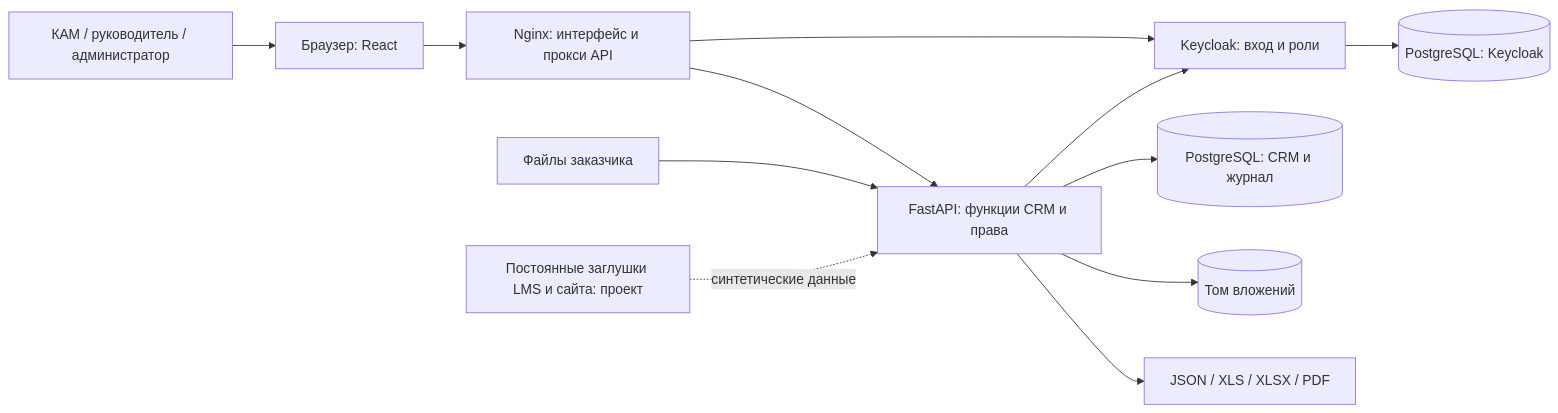
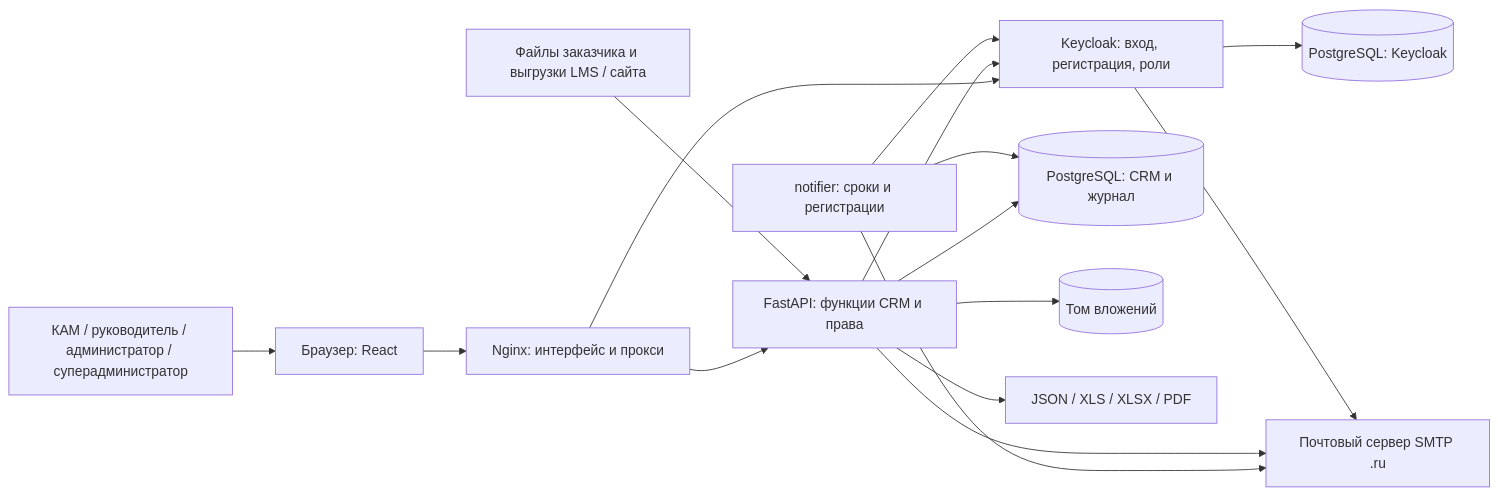
The diagram in docs/delivery/architecture.md (aleksey-kovalchuk-1/edu_crm), drawn with Mermaid before and after one commit. The commit also changed other lines of this file and 11 other files, not shown here.

````diff
--- a/docs/delivery/architecture.md
+++ b/docs/delivery/architecture.md
@@ -11,14 +20,18 @@
 ```mermaid
 flowchart LR
-    U[КАМ / руководитель / администратор] --> W[Браузер: React]
-    W --> N[Nginx: интерфейс и прокси API]
+    U[КАМ / руководитель / администратор / суперадминистратор] --> W[Браузер: React]
+    W --> N[Nginx: интерфейс и прокси]
     N --> A[FastAPI: функции CRM и права]
-    N --> K[Keycloak: вход и роли]
+    N --> K[Keycloak: вход, регистрация, роли]
     A --> K
     A --> P[(PostgreSQL: CRM и журнал)]
     K --> P2[(PostgreSQL: Keycloak)]
     A --> F[(Том вложений)]
     A --> E[JSON / XLS / XLSX / PDF]
-    X[Файлы заказчика] --> A
-    L[Постоянные заглушки LMS и сайта: проект] -. синтетические данные .-> A
+    X[Файлы заказчика и выгрузки LMS / сайта] --> A
+    S[notifier: сроки и регистрации] --> P
+    S --> K
+    S --> M[Почтовый сервер SMTP .ru]
+    A --> M
+    K --> M
 ```
````
